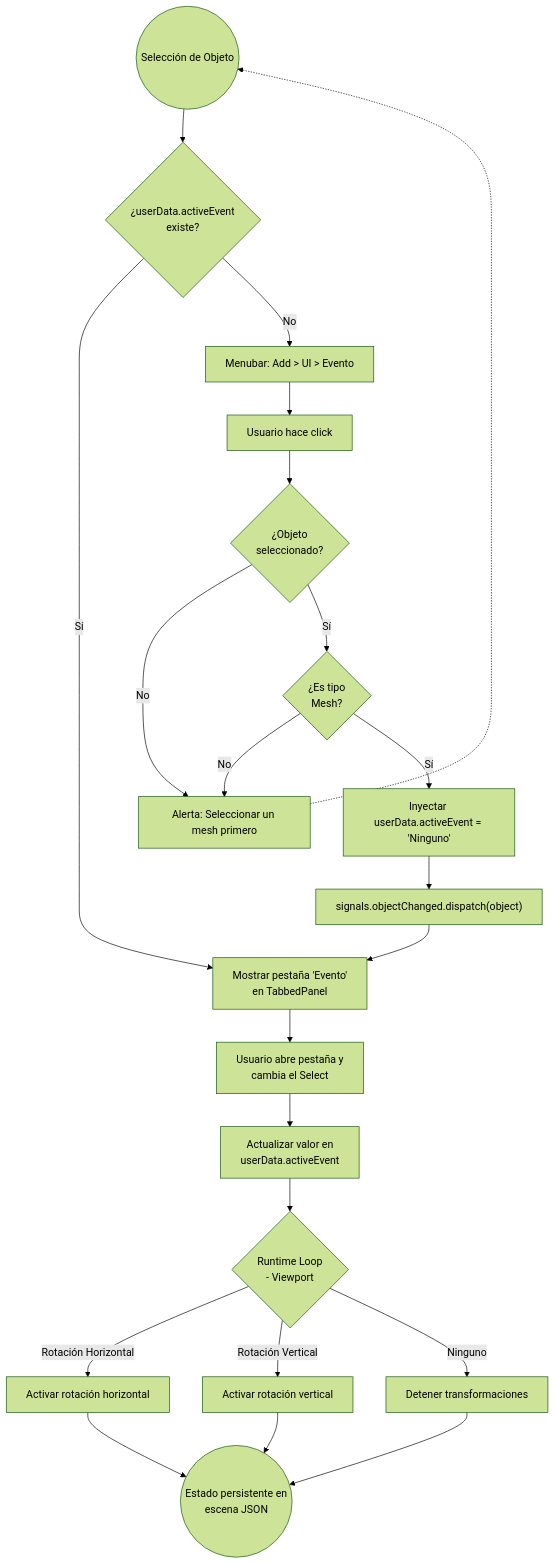
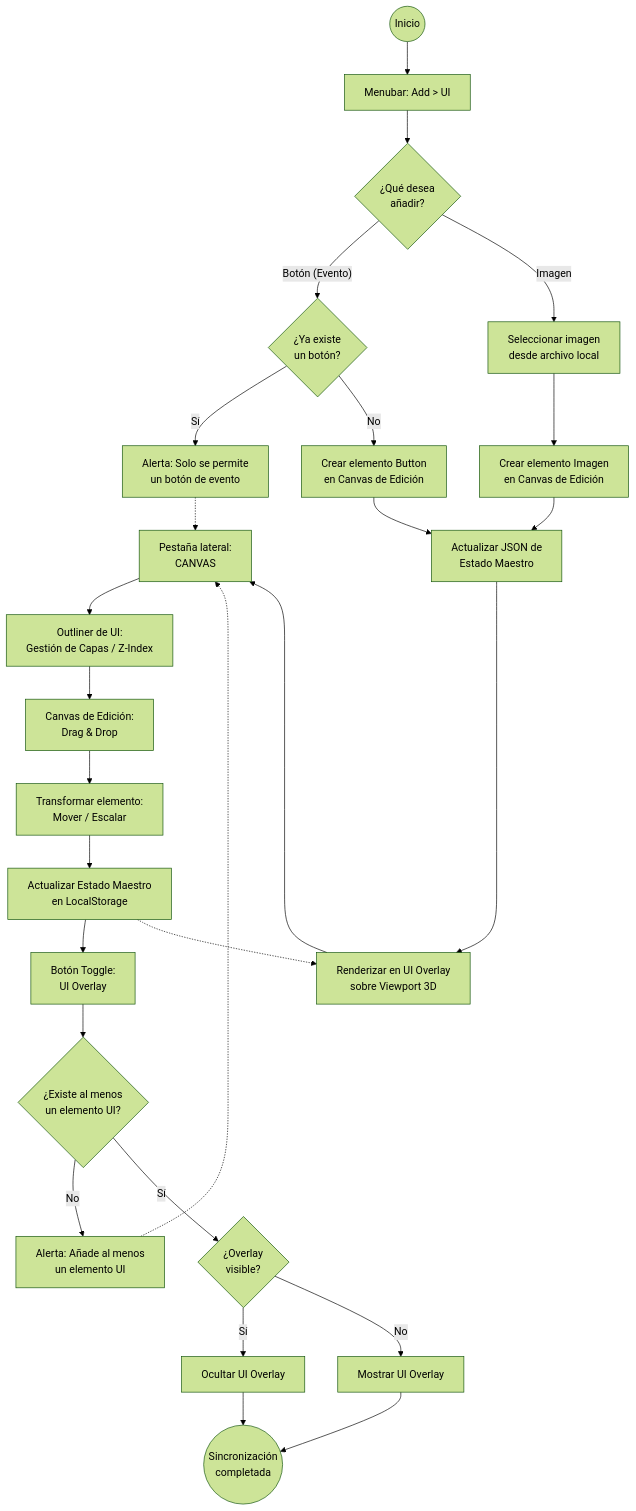
The diagram in README.md (Velkez/naddie-prueba-tecnica-2), drawn with Mermaid (forest theme) before and after one commit. The commit also changed other lines of this file, not shown here.

````diff
--- a/README.md
+++ b/README.md
@@ -71,39 +162,46 @@
 ```mermaid
 flowchart TD
-    %% Inicio y validación de estado persistente
-    Start((Selección de Objeto)) --> CheckExist{¿userData.activeEvent</br> existe?}
+    %% Inicio del proceso
+    Start((Inicio)) --> Menu[Menubar: Add > UI]
     
-    CheckExist -- Sí --> ShowTab[Mostrar pestaña 'Evento'</br> en TabbedPanel]
-    CheckExist -- No --> TopMenu[Menubar: Add > UI > Evento]
-
-    %% Proceso de activación desde el menú
-    TopMenu --> ClickEvent[Usuario hace click]
-    ClickEvent --> IsSelected{¿Objeto</br> seleccionado?}
+    %% Selección de elemento
+    Menu --> Choice{¿Qué desea </br> añadir?}
     
-    IsSelected -- No --> Alert[Alerta: Seleccionar un mesh primero]
-    IsSelected -- Sí --> IsMesh{¿Es tipo</br> Mesh?}
+    %% Rama de Botón con Validación
+    Choice -- "Botón (Evento)" --> CheckBtn{¿Ya existe </br> un botón?}
+    CheckBtn -- "Sí" --> AlertBtn[Alerta: Solo se permite </br> un botón de evento]
+    CheckBtn -- "No" --> CreateBtn[Crear elemento Button </br> en Canvas de Edición]
     
-    IsMesh -- No --> Alert
-    IsMesh -- Sí --> InitData["Inyectar userData.activeEvent = 'Ninguno'"]
+    %% Rama de Imagen
+    Choice -- "Imagen" --> SelectImg[Seleccionar imagen </br> desde archivo local]
+    SelectImg --> CreateImg[Crear elemento Imagen </br> en Canvas de Edición]
     
-    %% Notificación al sistema
-    InitData --> Dispatch["signals.objectChanged.dispatch(object)"]
-    Dispatch --> ShowTab
+    %% Registro y Renderizado
+    CreateBtn & CreateImg --> Registry[Actualizar JSON de </br> Estado Maestro]
+    Registry --> Render[Renderizar en UI Overlay </br> sobre Viewport 3D]
     
-    %% Interacción en la Sidebar
-    ShowTab --> UserUI[Usuario abre pestaña y</br> cambia el Select]
-    UserUI --> UpdateData[Actualizar valor en</br> userData.activeEvent]
+    %% Interacción en Sidebar
+    Render --> SidebarTab[Pestaña lateral: </br> CANVAS]
+    SidebarTab --> Outliner[Outliner de UI: </br> Gestión de Capas / Z-Index]
     
-    %% Motor de animación (Runtime)
-    UpdateData --> Runtime{Runtime Loop</br> - Viewport}
+    %% Edición en Canvas de Edición
+    Outliner --> CanvasEdit[Canvas de Edición: </br> Drag & Drop]
+    CanvasEdit --> Transform[Transformar elemento: </br> Mover / Escalar]
     
-    Runtime -- "Rotación Horizontal" --> AnimRH["Activar rotación horizontal"]
-    Runtime -- "Rotación Vertical" --> AnimRV["Activar rotación vertical"]
-    Runtime -- "Ninguno" --> AnimN[Detener transformaciones]
+    %% Persistencia
+    Transform --> UpdateJSON[Actualizar Estado Maestro </br> en LocalStorage]
     
-    %% Cierre del flujo
-    AnimRH & AnimRV & AnimN --> Persist((Estado persistente en</br> escena JSON))
-
-    %% Relación de retorno para la alerta
-    Alert -.-> Start
+    %% Activación del Overlay
+    UpdateJSON --> ToggleBtn[Botón Toggle: </br> UI Overlay]
+    ToggleBtn --> CheckElements{¿Existe al menos </br> un elemento UI?}
+    CheckElements -- "No" --> AlertEmpty[Alerta: Añade al menos </br> un elemento UI]
+    CheckElements -- "Sí" --> ToggleOverlay{¿Overlay </br> visible?}
+    ToggleOverlay -- "Sí" --> Hide[Ocultar UI Overlay]
+    ToggleOverlay -- "No" --> Show[Mostrar UI Overlay]
+    
+    Show --> Sync((Sincronización </br> completada))
+    Hide --> Sync
+    AlertEmpty -.-> SidebarTab
+    AlertBtn -.-> SidebarTab
+    UpdateJSON -.-> Render
 ```
````
